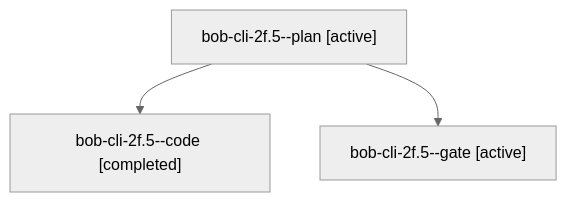
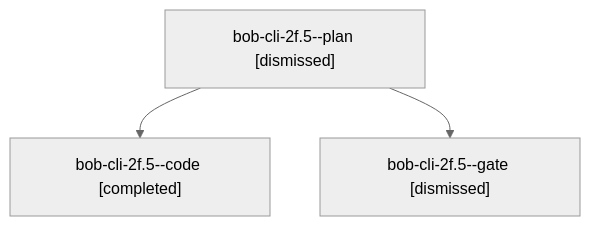
One commit to bobs-org/bob-cli--agents changed the diagram in sessions/bbugyi200.apollo.bob-cli-2f.5.md. Above: the diagram before and after it, drawn with Mermaid (neutral theme). The commit also changed other lines of this file and 149 other files, not shown here.

````diff
--- a/sessions/bbugyi200.apollo.bob-cli-2f.5.md
+++ b/sessions/bbugyi200.apollo.bob-cli-2f.5.md
@@ -9,8 +9,8 @@
 ```mermaid
 flowchart TD
-  n0["bob-cli-2f.5--plan [active]"]
+  n0["bob-cli-2f.5--plan [dismissed]"]
   n1["bob-cli-2f.5--code [completed]"]
   n0 --> n1
-  n2["bob-cli-2f.5--gate [active]"]
+  n2["bob-cli-2f.5--gate [dismissed]"]
   n0 --> n2
 ```
````
